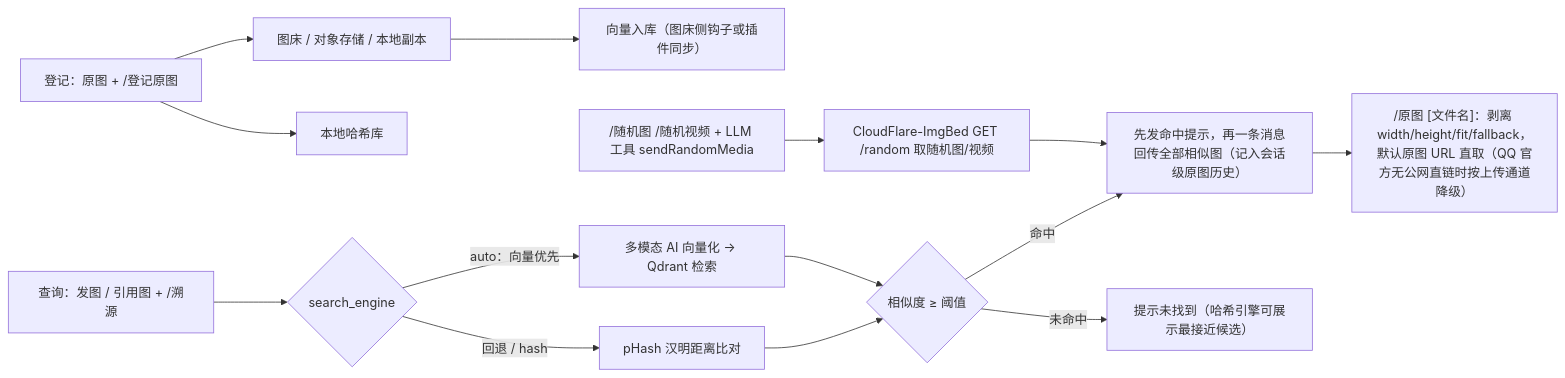
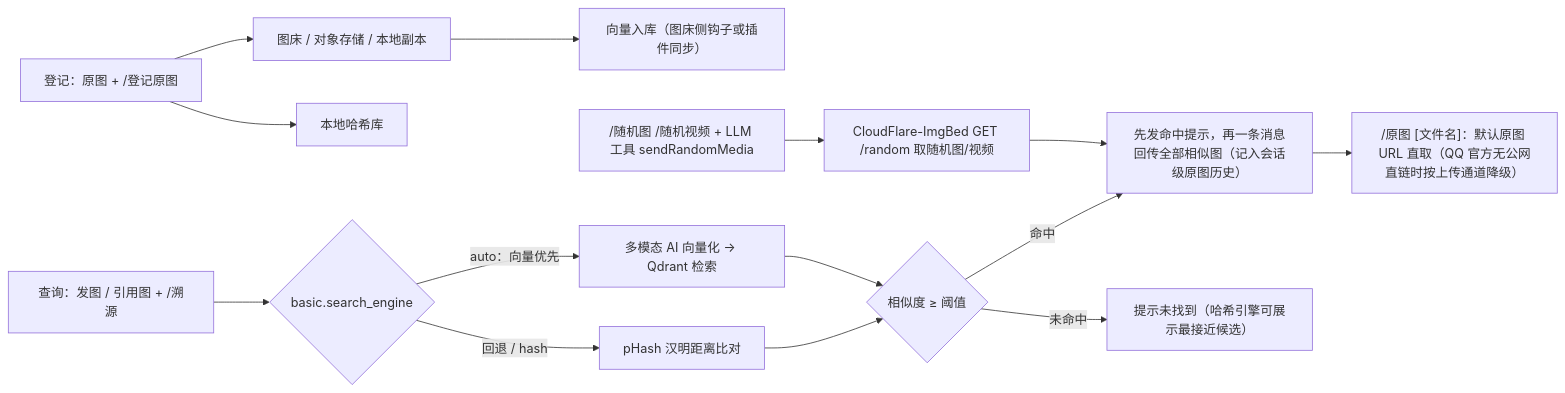
Before and after one commit to diyushuang/astrbot_plugin_image_trace: the diagram in README.md, drawn with Mermaid. The commit also changed other lines of this file and 13 other files, not shown here.

````diff
--- a/README.md
+++ b/README.md
@@ -65,16 +98,16 @@
 ```mermaid
 flowchart LR
     A["登记：原图 + /登记原图"] --> B["图床 / 对象存储 / 本地副本"]
     B --> C["向量入库（图床侧钩子或插件同步）"]
     A --> D["本地哈希库"]
     M["/随机图 /随机视频 + LLM 工具 sendRandomMedia"] --> N["CloudFlare-ImgBed GET /random 取随机图/视频"]
-    E["查询：发图 / 引用图 + /溯源"] --> F{search_engine}
+    E["查询：发图 / 引用图 + /溯源"] --> F{basic.search_engine}
     F -- "auto：向量优先" --> G["多模态 AI 向量化 → Qdrant 检索"]
     F -- "回退 / hash" --> H["pHash 汉明距离比对"]
     G --> I{"相似度 ≥ 阈值"}
     H --> I
     I -- 命中 --> J["先发命中提示，再一条消息回传全部相似图（记入会话级原图历史）"]
     I -- 未命中 --> K["提示未找到（哈希引擎可展示最接近候选）"]
     N --> J
-    J --> L["/原图 [文件名]：剥离 width/height/fit/fallback，默认原图 URL 直取（QQ 官方无公网直链时按上传通道降级）"]
+    J --> L["/原图 [文件名]：默认原图 URL 直取（QQ 官方无公网直链时按上传通道降级）"]
 ```
````
